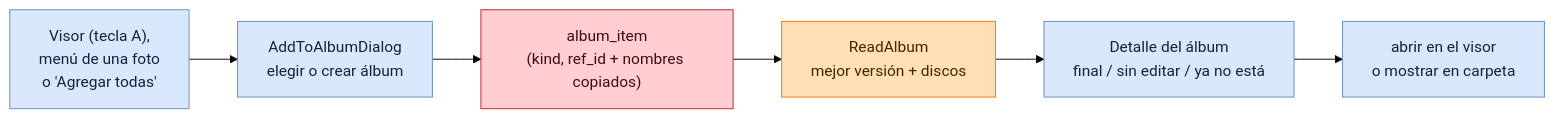
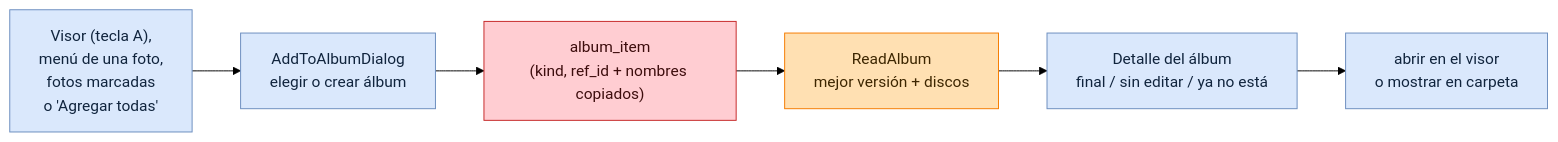
The first of 5 diagrams in docs/useCases/flujo-albumes.md (everitosan/lumik), drawn with Mermaid (forest theme) before and after one commit. The commit also changed other lines of this file and 93 other files, not shown here.

````diff
--- a/docs/useCases/flujo-albumes.md
+++ b/docs/useCases/flujo-albumes.md
@@ -14,18 +18,18 @@
 ```mermaid
 flowchart LR
-    A["Visor (tecla A),<br/>menú de una foto<br/>o 'Agregar todas'"]
+    A["Visor (tecla A),<br/>menú de una foto,<br/>fotos marcadas<br/>o 'Agregar todas'"]
     B["AddToAlbumDialog<br/>elegir o crear álbum"]
     C["album_item<br/>(kind, ref_id + nombres copiados)"]
     D["ReadAlbum<br/>mejor versión + discos"]
     E["Detalle del álbum<br/>final / sin editar / ya no está"]
     F["abrir en el visor<br/>o mostrar en carpeta"]
 
     A --> B --> C --> D --> E --> F
 
     classDef ui fill:#dae8fc,stroke:#6c8ebf,color:#10243d
     classDef be fill:#ffe0b2,stroke:#f57c00,color:#3d2600
     classDef db fill:#ffcdd2,stroke:#c62828,color:#3d0d0d
     class A,B,E,F ui
     class D be
     class C db
 ```
````
